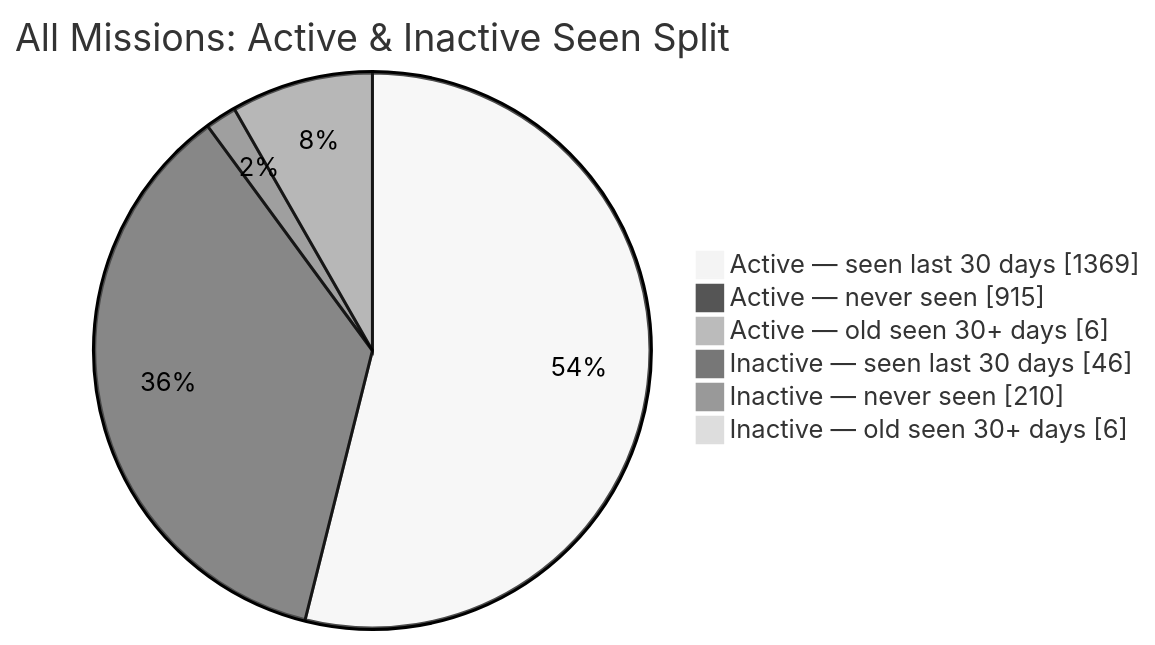
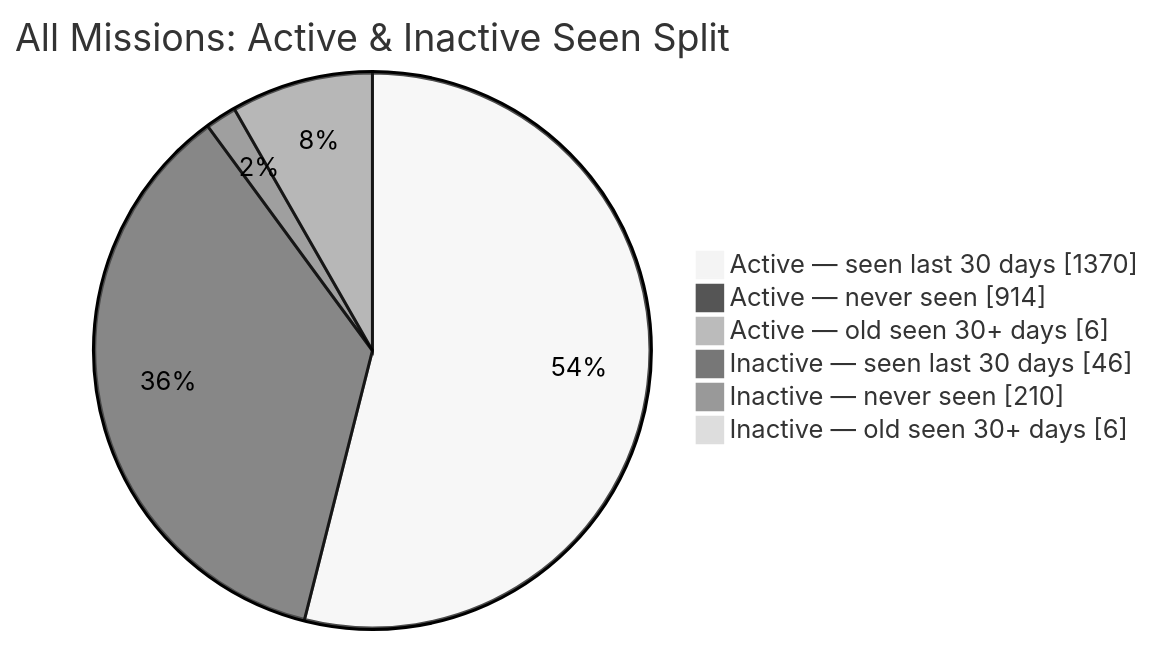
The second of 2 diagrams in README.md (MeldkamerspelGameTeam/active-missions), drawn with Mermaid (neutral theme) before and after one commit. The commit also changed other lines of this file and 2 other files, not shown here.

````diff
--- a/README.md
+++ b/README.md
@@ -44,10 +44,10 @@
 ```mermaid
 pie showData
     title All Missions: Active & Inactive Seen Split
-    "Active — seen last 30 days" : 1369
-    "Active — never seen" : 915
+    "Active — seen last 30 days" : 1370
+    "Active — never seen" : 914
     "Active — old seen 30+ days" : 6
     "Inactive — seen last 30 days" : 46
     "Inactive — never seen" : 210
     "Inactive — old seen 30+ days" : 6
 ```
````
